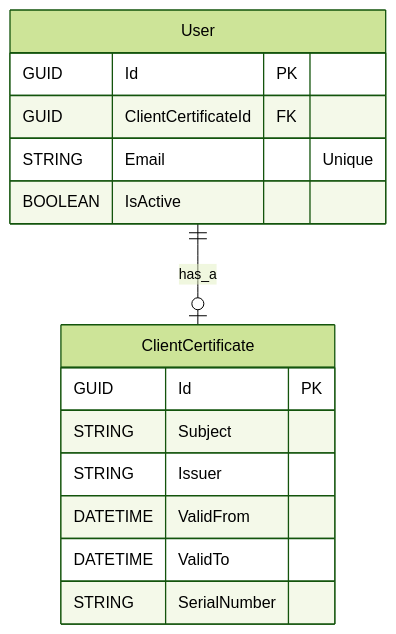
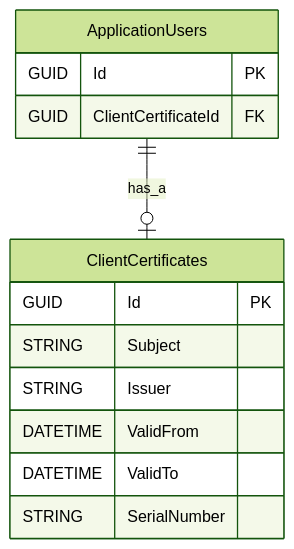
Before and after one commit to TirsvadWeb/DotNet.Portfolio: the sixth of 6 diagrams in docs/UseCases/UC001/Artifacts.md, drawn with Mermaid (forest theme). The commit also changed other lines of this file and 100 other files, not shown here.

Commit message:
Use ApplicationUser as Identity using this name Use sqlite in tests instead of in memory Add Identity UI

````diff
--- a/docs/UseCases/UC001/Artifacts.md
+++ b/docs/UseCases/UC001/Artifacts.md
@@ -383,20 +385,18 @@
 ```mermaid
 erDiagram
-    User {
+    ApplicationUsers {
         GUID Id PK
         GUID ClientCertificateId FK
-        STRING Email "Unique"
-        BOOLEAN IsActive
     }
 
-    ClientCertificate {
+    ClientCertificates {
         GUID Id PK
         STRING Subject
         STRING Issuer
         DATETIME ValidFrom
         DATETIME ValidTo
         STRING SerialNumber
     }
         
-    User ||--o| ClientCertificate : has_a
+    ApplicationUsers ||--o| ClientCertificates : has_a
 ```
````
